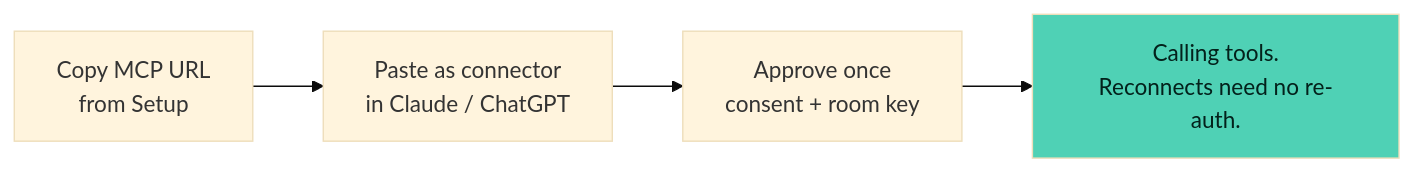
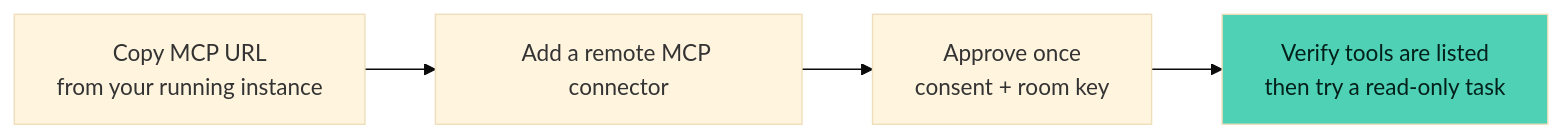
Before and after one commit to Kyzenkms/solisk-pc-mcp: the first of 2 diagrams in README.md, drawn with Mermaid (base theme). The commit also changed other lines of this file and 26 other files, not shown here.

````diff
--- a/README.md
+++ b/README.md
@@ -50,7 +120,7 @@
 ```mermaid
 flowchart LR
-    A[Copy MCP URL<br/>from Setup] --> B[Paste as connector<br/>in Claude / ChatGPT]
+    A[Copy MCP URL<br/>from your running instance] --> B[Add a remote MCP connector]
     B --> C[Approve once<br/>consent + room key]
-    C --> D[Calling tools.<br/>Reconnects need no re-auth.]
+    C --> D[Verify tools are listed<br/>then try a read-only task]
     style D fill:#4fd1b5,color:#03211b
 ```
````
